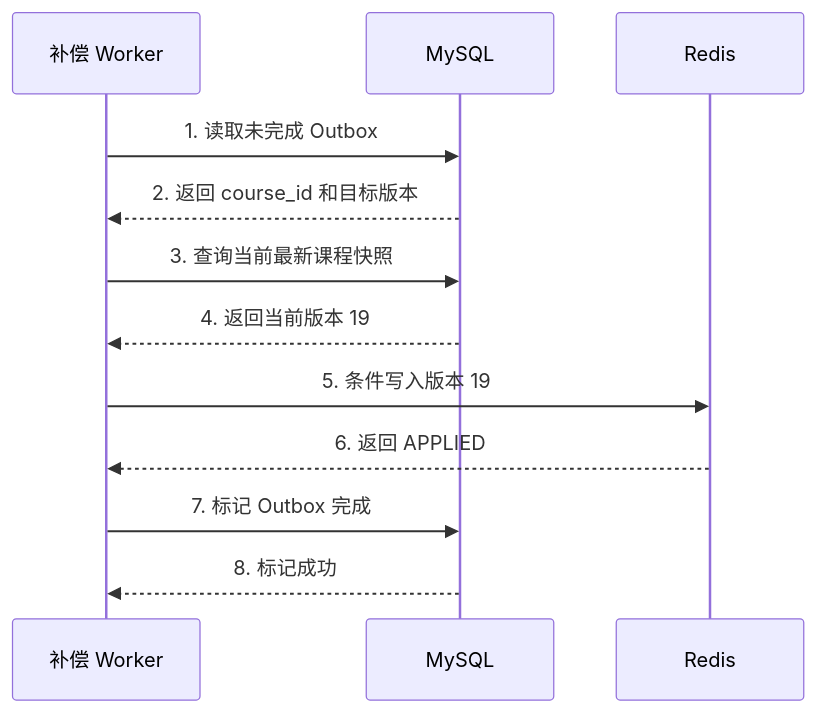
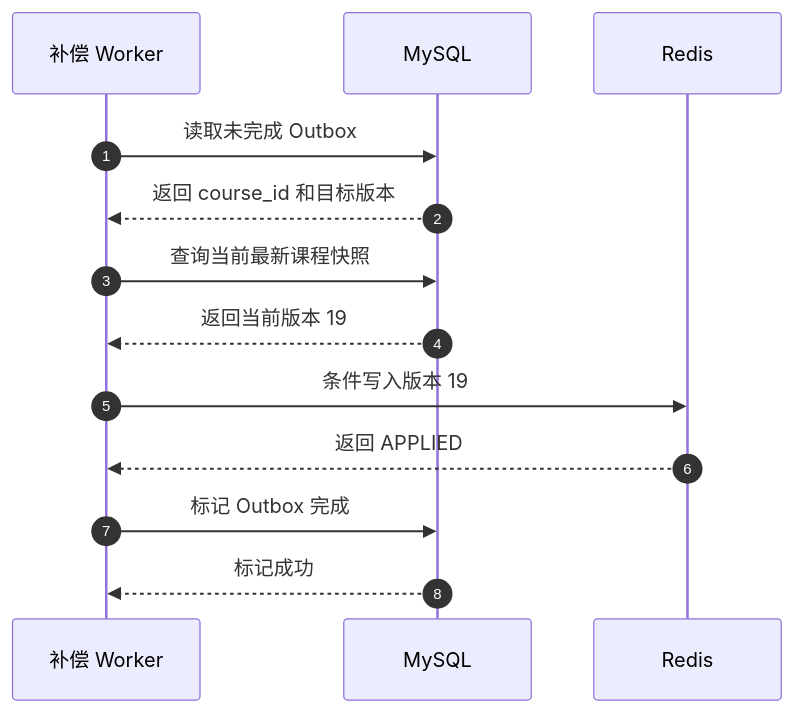
One commit to zdl20251023-pixel/agent-frame changed diagram 20 of 27 in docs/redis/126-redis-4种缓存模式-分享版-极简版.md. Above: the diagram before and after it, drawn with Mermaid. The commit also changed other lines of this file, not shown here.

Commit message:
redis 四大缓存模式 分享-极简版

````diff
--- a/docs/redis/126-redis-4种缓存模式-分享版-极简版.md
+++ b/docs/redis/126-redis-4种缓存模式-分享版-极简版.md
@@ -847,18 +866,19 @@
 ```mermaid
 sequenceDiagram
+    autonumber
     participant Worker as 补偿 Worker
     participant MySQL as MySQL
     participant Redis as Redis
 
-    Worker->>MySQL: 1. 读取未完成 Outbox
-    MySQL-->>Worker: 2. 返回 course_id 和目标版本
+    Worker->>MySQL: 读取未完成 Outbox
+    MySQL-->>Worker: 返回 course_id 和目标版本
 
-    Worker->>MySQL: 3. 查询当前最新课程快照
-    MySQL-->>Worker: 4. 返回当前版本 19
+    Worker->>MySQL: 查询当前最新课程快照
+    MySQL-->>Worker: 返回当前版本 19
 
-    Worker->>Redis: 5. 条件写入版本 19
-    Redis-->>Worker: 6. 返回 APPLIED
+    Worker->>Redis: 条件写入版本 19
+    Redis-->>Worker: 返回 APPLIED
 
-    Worker->>MySQL: 7. 标记 Outbox 完成
-    MySQL-->>Worker: 8. 标记成功
+    Worker->>MySQL: 标记 Outbox 完成
+    MySQL-->>Worker: 标记成功
 ```
````
